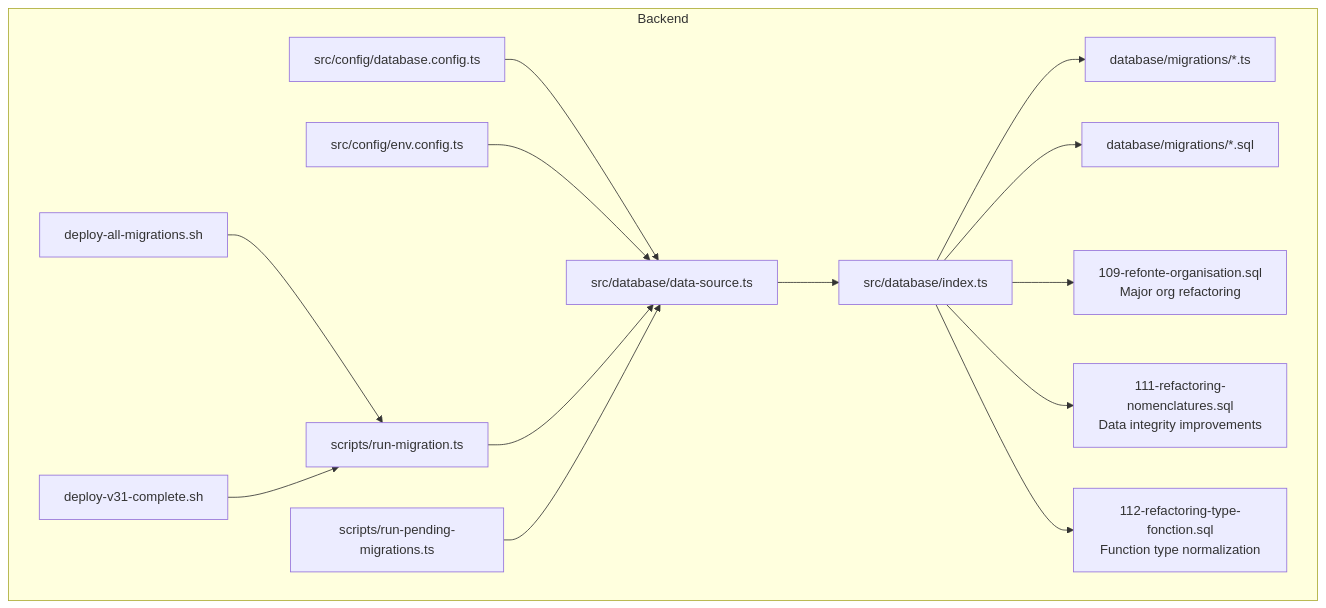
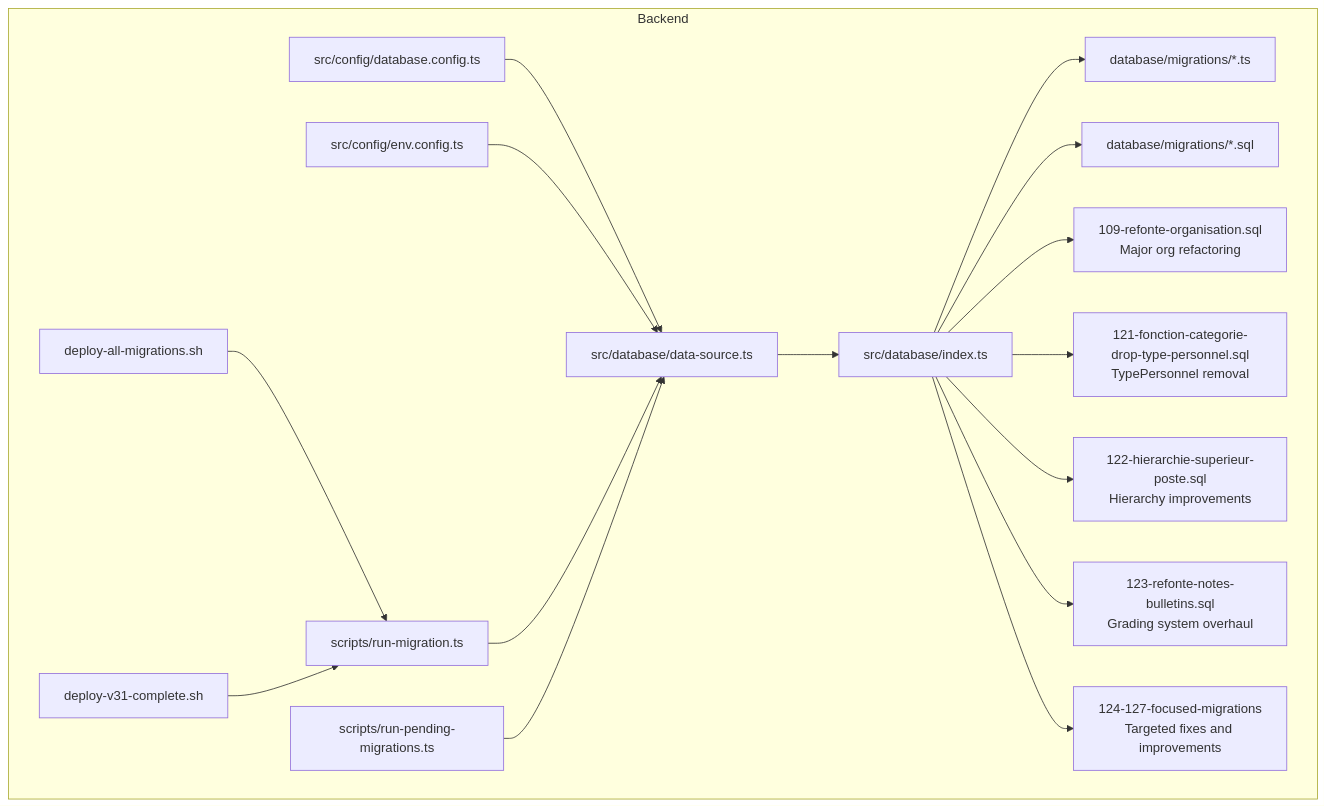
Before and after one commit to franckylab/eLISAschool: the first of 4 diagrams in .qoder/repowiki/en/content/System Architecture/Database Architecture/Database Migrations & Version Control.md, drawn with Mermaid. The commit also changed other lines of this file and 21 other files, not shown here.

````diff
--- a/.qoder/repowiki/en/content/System Architecture/Database Architecture/Database Migrations & Version Control.md
+++ b/.qoder/repowiki/en/content/System Architecture/Database Architecture/Database Migrations & Version Control.md
@@ -58,30 +63,34 @@
 ```mermaid
 graph TB
 subgraph "Backend"
 A["src/config/database.config.ts"]
 B["src/config/env.config.ts"]
 C["src/database/data-source.ts"]
 D["src/database/index.ts"]
 E["database/migrations/*.ts"]
 F["database/migrations/*.sql"]
 G["scripts/run-migration.ts"]
 H["scripts/run-pending-migrations.ts"]
 I["deploy-all-migrations.sh"]
 J["deploy-v31-complete.sh"]
 K["109-refonte-organisation.sql<br/>Major org refactoring"]
-L["111-refactoring-nomenclatures.sql<br/>Data integrity improvements"]
-M["112-refactoring-type-fonction.sql<br/>Function type normalization"]
+L["121-fonction-categorie-drop-type-personnel.sql<br/>TypePersonnel removal"]
+M["122-hierarchie-superieur-poste.sql<br/>Hierarchy improvements"]
+N["123-refonte-notes-bulletins.sql<br/>Grading system overhaul"]
+O["124-127-focused-migrations<br/>Targeted fixes and improvements"]
 end
 A --> C
 B --> C
 C --> D
 D --> E
 D --> F
 D --> K
 D --> L
 D --> M
+D --> N
+D --> O
 G --> C
 H --> C
 I --> G
 J --> G
 ```
````
